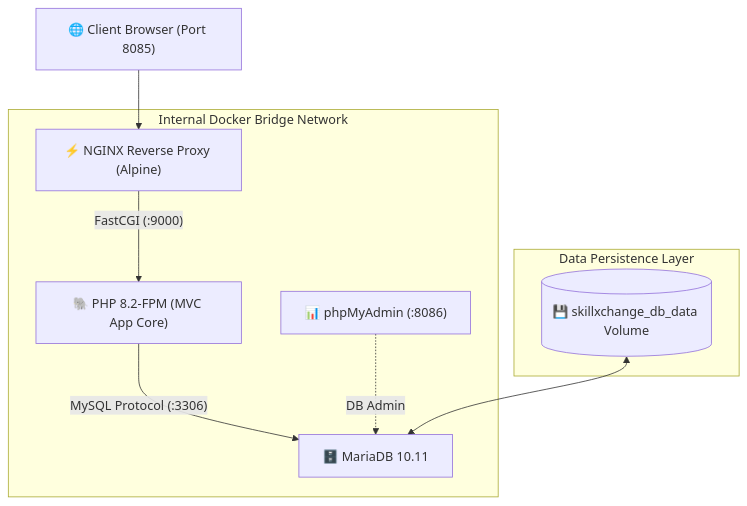
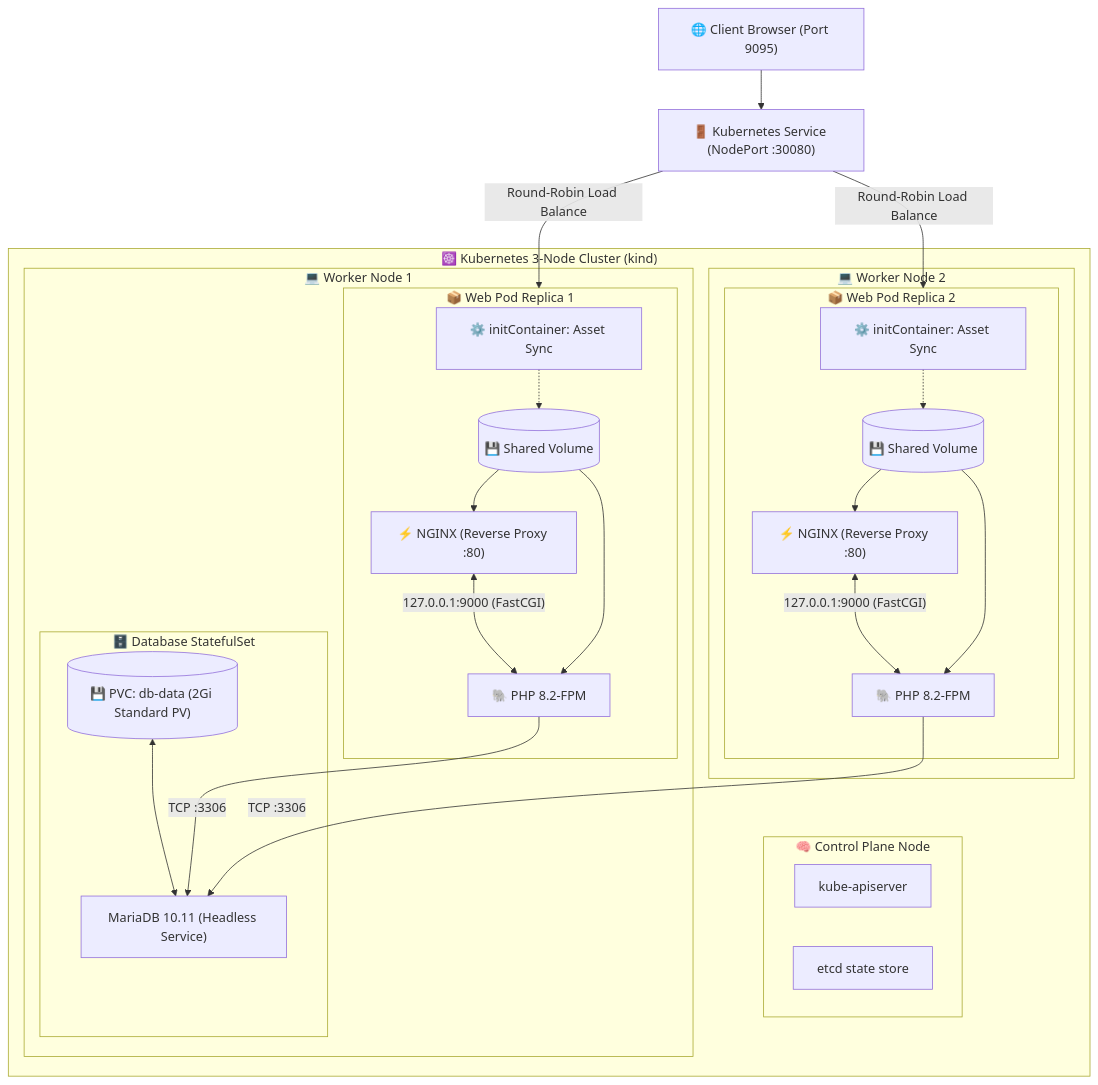
One commit to dev-kithsara/SkillXchange-DevOps changed the diagram in README.md. Above: the diagram before and after it, drawn with Mermaid. The commit also changed other lines of this file, not shown here.

Commit message:
docs: enhance README with Phase 1-3 milestones, 3-node cluster architecture, and K8s deployment guide

````diff
--- a/README.md
+++ b/README.md
@@ -24,14 +30,38 @@
 ```mermaid
 flowchart TD
-    Client["🌐 Client Browser (Port 8085)"] --> Nginx["⚡ NGINX Reverse Proxy (Alpine)"]
+    Client["🌐 Client Browser (Port 9095)"] --> NodePort["🚪 Kubernetes Service (NodePort :30080)"]
     
-    subgraph AppNetwork["Internal Docker Bridge Network"]
-        Nginx -->|"FastCGI (:9000)"| PHP["🐘 PHP 8.2-FPM (MVC App Core)"]
-        PHP -->|"MySQL Protocol (:3306)"| MariaDB["🗄️ MariaDB 10.11"]
-        PMA["📊 phpMyAdmin (:8086)"] -.->|"DB Admin"| MariaDB
+    subgraph K8sCluster["☸️ Kubernetes 3-Node Cluster (kind)"]
+        subgraph MasterNode["🧠 Control Plane Node"]
+            APIServer["kube-apiserver"]
+            ETCD["etcd state store"]
+        end
+
+        subgraph Worker1["💻 Worker Node 1"]
+            subgraph Pod1["📦 Web Pod Replica 1"]
+                Init1["⚙️ initContainer: Asset Sync"] -.-> SharedVol1[("💾 Shared Volume")]
+                Nginx1["⚡ NGINX (Reverse Proxy :80)"] <-->|"127.0.0.1:9000 (FastCGI)"| PHP1["🐘 PHP 8.2-FPM"]
+                SharedVol1 --> Nginx1
+                SharedVol1 --> PHP1
+            end
+            subgraph DB["🗄️ Database StatefulSet"]
+                MariaDB["MariaDB 10.11 (Headless Service)"]
+                PVC[("💾 PVC: db-data (2Gi Standard PV)")] <--> MariaDB
+            end
+        end
+
+        subgraph Worker2["💻 Worker Node 2"]
+            subgraph Pod2["📦 Web Pod Replica 2"]
+                Init2["⚙️ initContainer: Asset Sync"] -.-> SharedVol2[("💾 Shared Volume")]
+                Nginx2["⚡ NGINX (Reverse Proxy :80)"] <-->|"127.0.0.1:9000 (FastCGI)"| PHP2["🐘 PHP 8.2-FPM"]
+                SharedVol2 --> Nginx2
+                SharedVol2 --> PHP2
+            end
+        end
     end
 
-    subgraph Storage["Data Persistence Layer"]
-        DBVolume[("💾 skillxchange_db_data Volume")] <--> MariaDB
-    end
+    NodePort -->|"Round-Robin Load Balance"| Pod1
+    NodePort -->|"Round-Robin Load Balance"| Pod2
+    PHP1 -->|"TCP :3306"| MariaDB
+    PHP2 -->|"TCP :3306"| MariaDB
 ```
````
